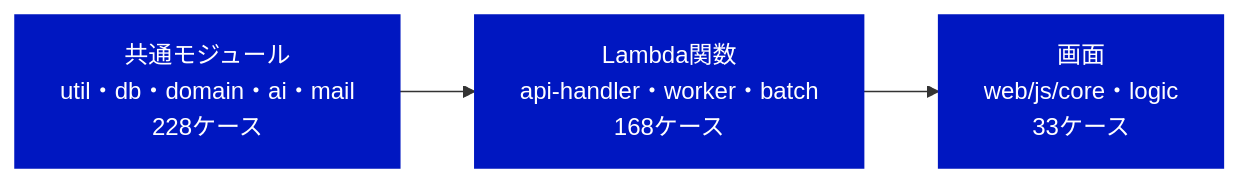
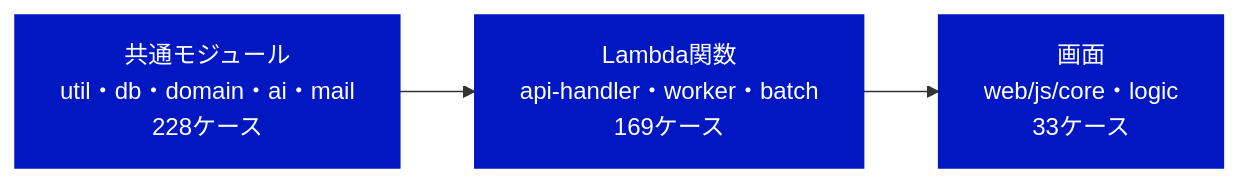
One commit to pocarialice/rpglearning changed the first of 3 diagrams in documents/モジュールテスト結果報告書_RPG学習アプリ.md. Above: the diagram before and after it, drawn with Mermaid. The commit also changed other lines of this file and 1 other file, not shown here.

````diff
--- a/documents/モジュールテスト結果報告書_RPG学習アプリ.md
+++ b/documents/モジュールテスト結果報告書_RPG学習アプリ.md
@@ -23,7 +23,7 @@
 ```mermaid
 flowchart LR
-  A["共通モジュール<br>util・db・domain・ai・mail<br>228ケース"]:::done --> B["Lambda関数<br>api-handler・worker・batch<br>168ケース"]:::done
+  A["共通モジュール<br>util・db・domain・ai・mail<br>228ケース"]:::done --> B["Lambda関数<br>api-handler・worker・batch<br>169ケース"]:::done
   B --> C["画面<br>web/js/core・logic<br>33ケース"]:::done
   classDef done fill:#0017C1,color:#fff,stroke:#0017C1
   classDef todo fill:#fff,color:#414141,stroke:#B4B4B4,stroke-dasharray:4 3
 ```
````
